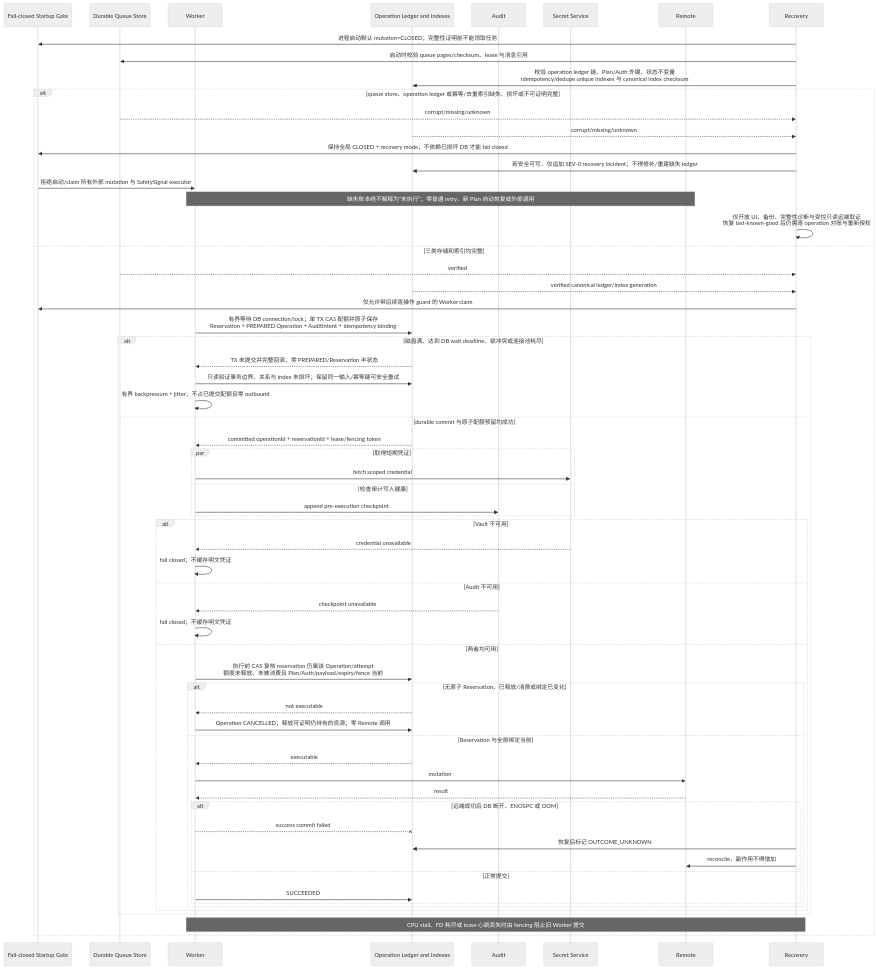
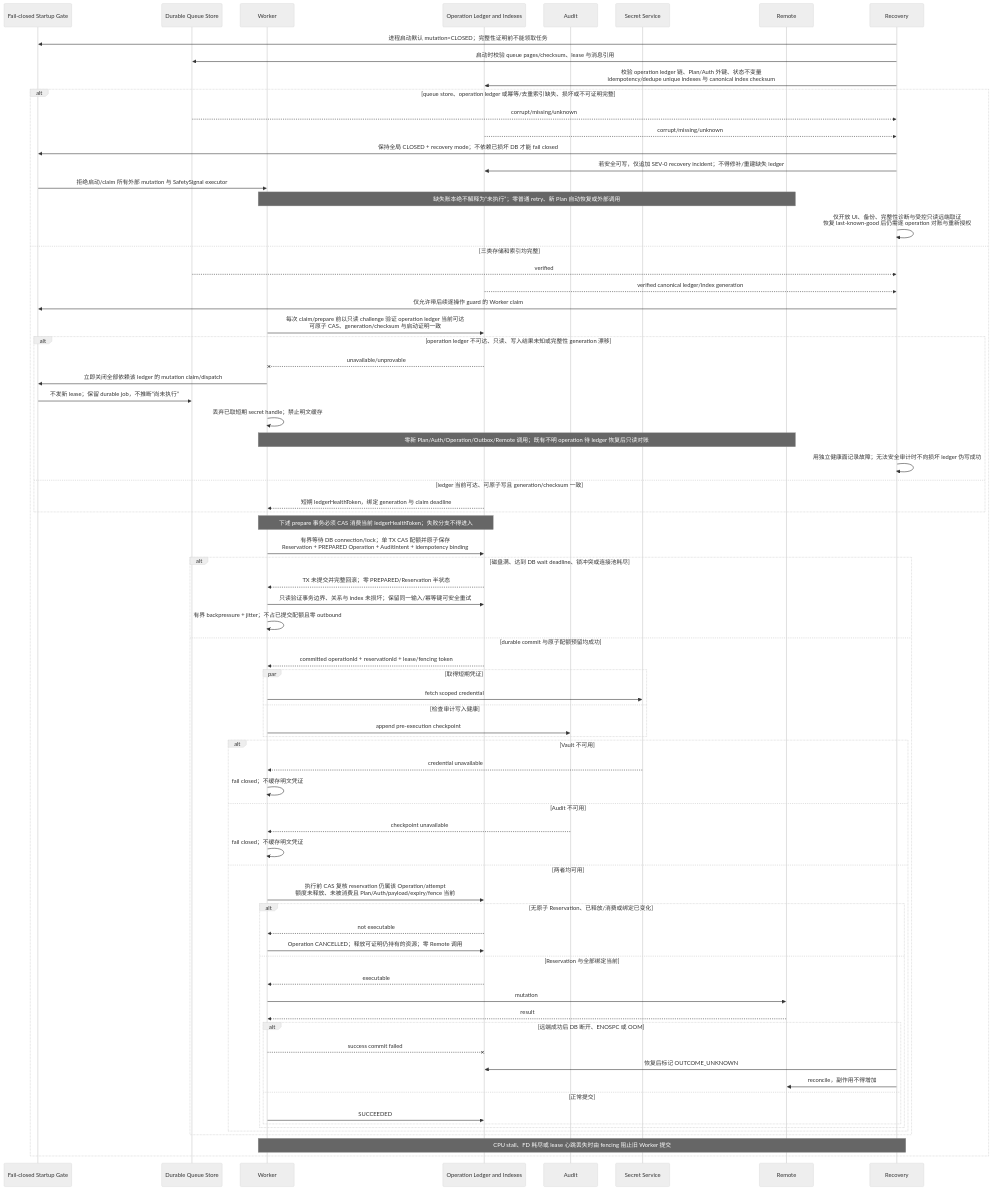
Before and after one commit to AnnCYW-cm/rolefox: diagram 23 of 24 in docs/product/uml/05-sequence-flows.md, drawn with Mermaid (neutral theme). The commit also changed other lines of this file and 103 other files, not shown here.

````diff
--- a/docs/product/uml/05-sequence-flows.md
+++ b/docs/product/uml/05-sequence-flows.md
@@ -2115,5 +2571,6 @@
 ```mermaid
 sequenceDiagram
+    %% @anchor RES_005_CRITICAL_DEPENDENCIES_FAIL_CLOSED
     participant Gate as Fail-closed Startup Gate
     participant Queue as Durable Queue Store
     participant Worker
@@ -2139,6 +2596,19 @@
         Queue-->>Recovery: verified
         DB-->>Recovery: verified canonical ledger/index generation
         Recovery->>Gate: 仅允许带后续逐操作 guard 的 Worker claim
+        %% @anchor OPERATION_LEDGER_UNAVAILABLE_FAIL_CLOSED
+        Worker->>DB: 每次 claim/prepare 前以只读 challenge 验证 operation ledger 当前可达<br/>可原子 CAS、generation/checksum 与启动证明一致
+        alt operation ledger 不可达、只读、写入结果未知或完整性 generation 漂移
+            DB--xWorker: unavailable/unprovable
+            Worker->>Gate: 立即关闭全部依赖该 ledger 的 mutation claim/dispatch
+            Gate->>Queue: 不发新 lease；保留 durable job，不推断“尚未执行”
+            Worker->>Worker: 丢弃已取短期 secret handle；禁止明文缓存
+            Note over Worker,Remote: 零新 Plan/Auth/Operation/Outbox/Remote 调用；既有不明 operation 待 ledger 恢复后只读对账
+            Recovery->>Recovery: 用独立健康面记录故障；无法安全审计时不向损坏 ledger 伪写成功
+        else ledger 当前可达、可原子写且 generation/checksum 一致
+            DB-->>Worker: 短期 ledgerHealthToken，绑定 generation 与 claim deadline
+        end
+        Note over Worker,DB: 下述 prepare 事务必须 CAS 消费当前 ledgerHealthToken；失败分支不得进入
         %% @anchor RESOURCE_FAIL_CLOSED
         %% @anchor PREPARE_STORAGE_FAILURE
         %% @anchor DB_BACKPRESSURE
````
